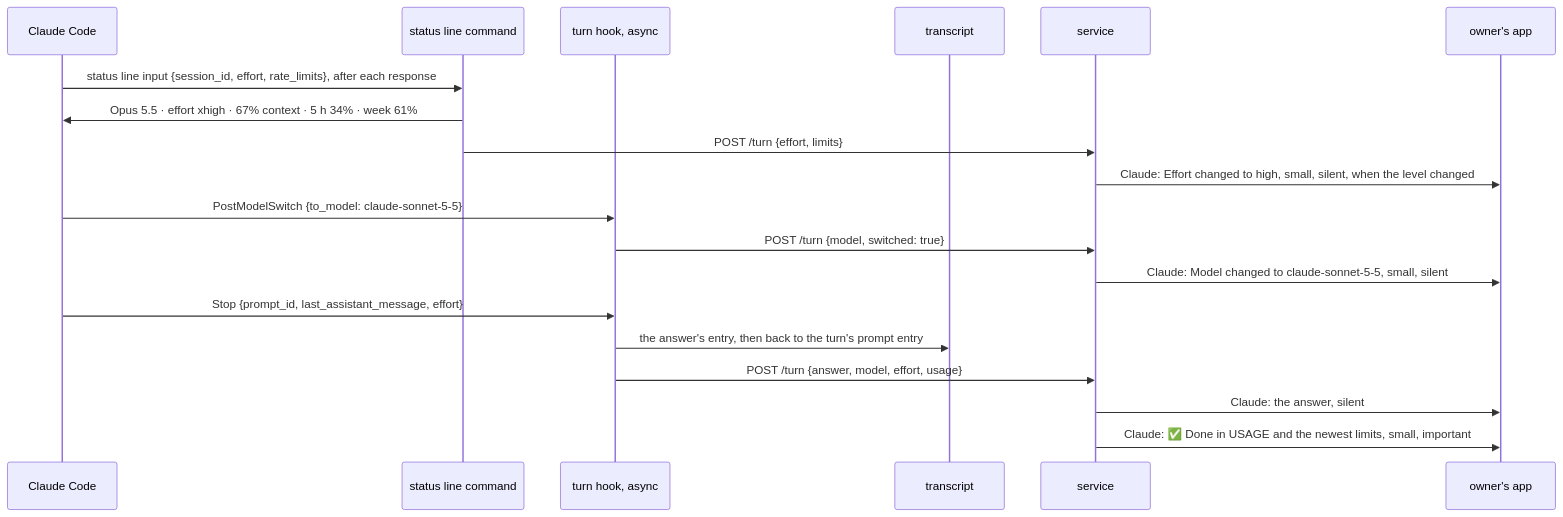
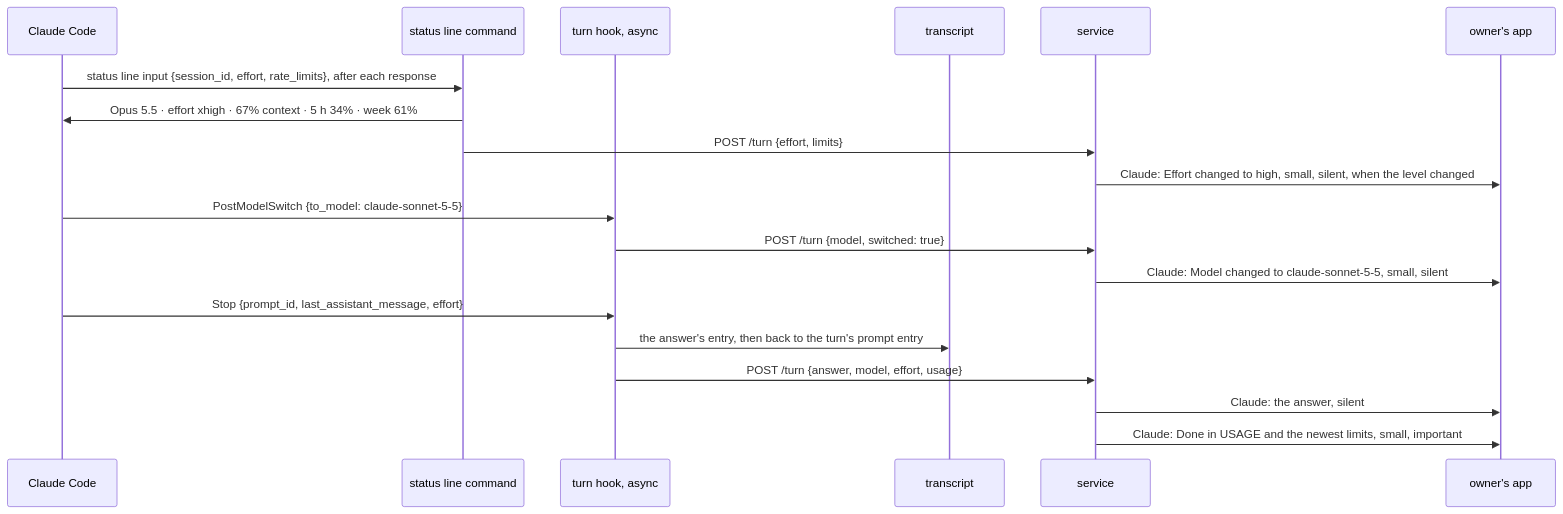
One commit to simplex-chat/simplex-chat changed the first of 2 diagrams in plans/2026-11-13-mcp-session-usage.md. Above: the diagram before and after it, drawn with Mermaid. The commit also changed other lines of this file and 9 other files, not shown here.

````diff
--- a/plans/2026-11-13-mcp-session-usage.md
+++ b/plans/2026-11-13-mcp-session-usage.md
@@ -137,21 +137,21 @@
 ```mermaid
 sequenceDiagram
   participant CC as Claude Code
   participant SL as status line command
   participant HK as turn hook, async
   participant T as transcript
   participant D as service
   participant O as owner's app
   CC->>SL: status line input {session_id, effort, rate_limits}, after each response
   SL->>CC: Opus 5.5 · effort xhigh · 67% context · 5 h 34% · week 61%
   SL->>D: POST /turn {effort, limits}
   D->>O: Claude: Effort changed to high, small, silent, when the level changed
   CC->>HK: PostModelSwitch {to_model: claude-sonnet-5-5}
   HK->>D: POST /turn {model, switched: true}
   D->>O: Claude: Model changed to claude-sonnet-5-5, small, silent
   CC->>HK: Stop {prompt_id, last_assistant_message, effort}
   HK->>T: the answer's entry, then back to the turn's prompt entry
   HK->>D: POST /turn {answer, model, effort, usage}
   D->>O: Claude: the answer, silent
-  D->>O: Claude: ✅ Done in USAGE and the newest limits, small, important
+  D->>O: Claude: Done in USAGE and the newest limits, small, important
 ```
````
